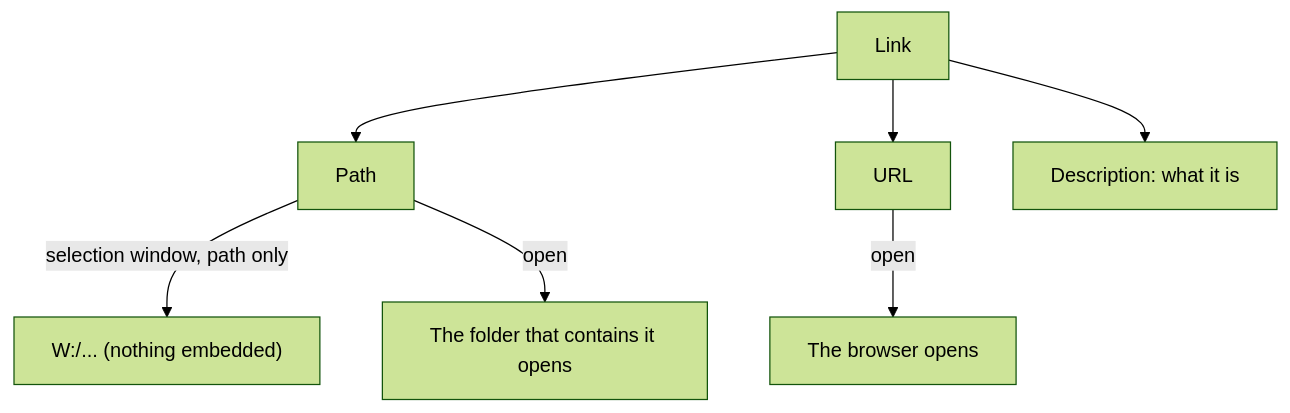
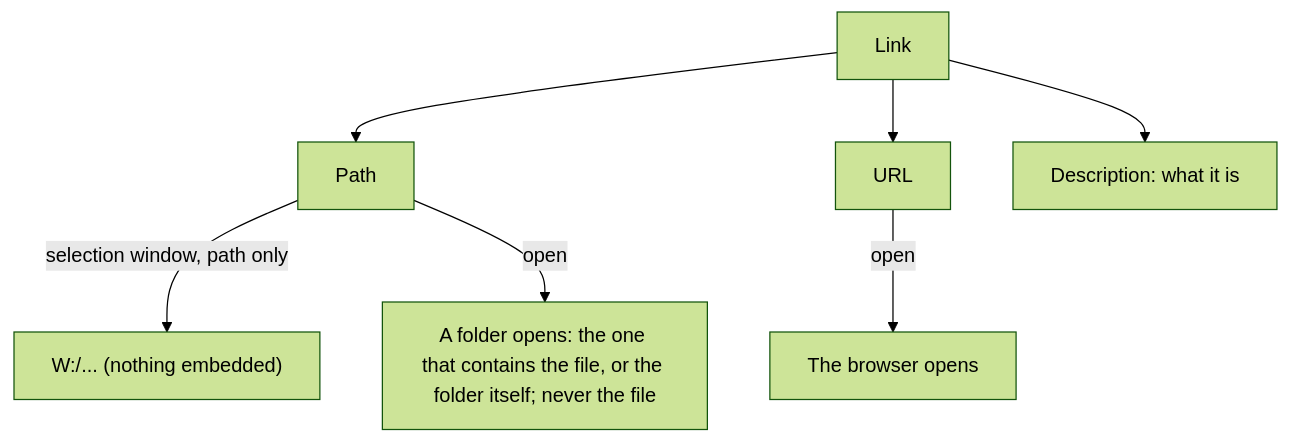
The third of 3 diagrams in metadata/03-documentation.md (AlexandreGallais/synoptic-studio-spec), drawn with Mermaid (forest theme) before and after one commit. The commit also changed other lines of this file and 14 other files, not shown here.

````diff
--- a/metadata/03-documentation.md
+++ b/metadata/03-documentation.md
@@ -57,9 +69,9 @@
 ```mermaid
 flowchart TD
     L[Link] --> K1["Path"]
     L --> K2["URL"]
     L --> DS["Description: what it is"]
     K1 -->|"selection window, path only"| P["W:/... (nothing embedded)"]
-    K1 -->|"open"| F["The folder that contains it opens"]
+    K1 -->|"open"| F["A folder opens: the one that contains the file, or the folder itself; never the file"]
     K2 -->|"open"| B["The browser opens"]
 ```
````
